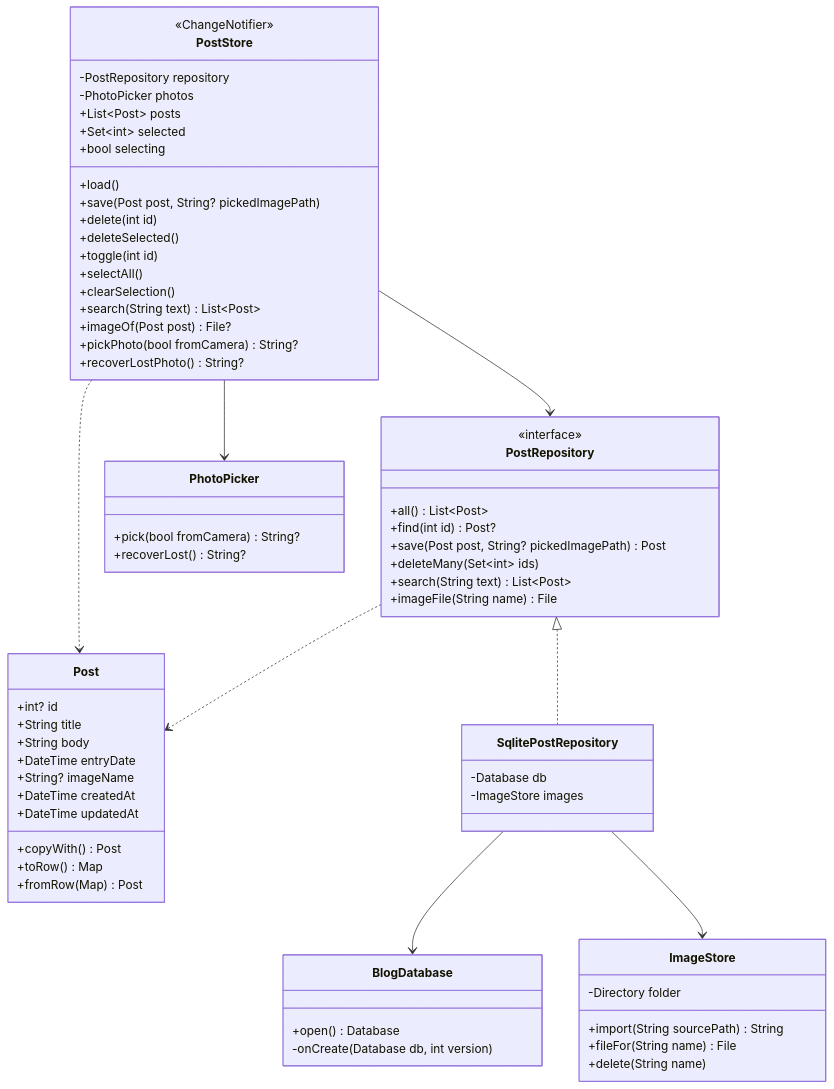
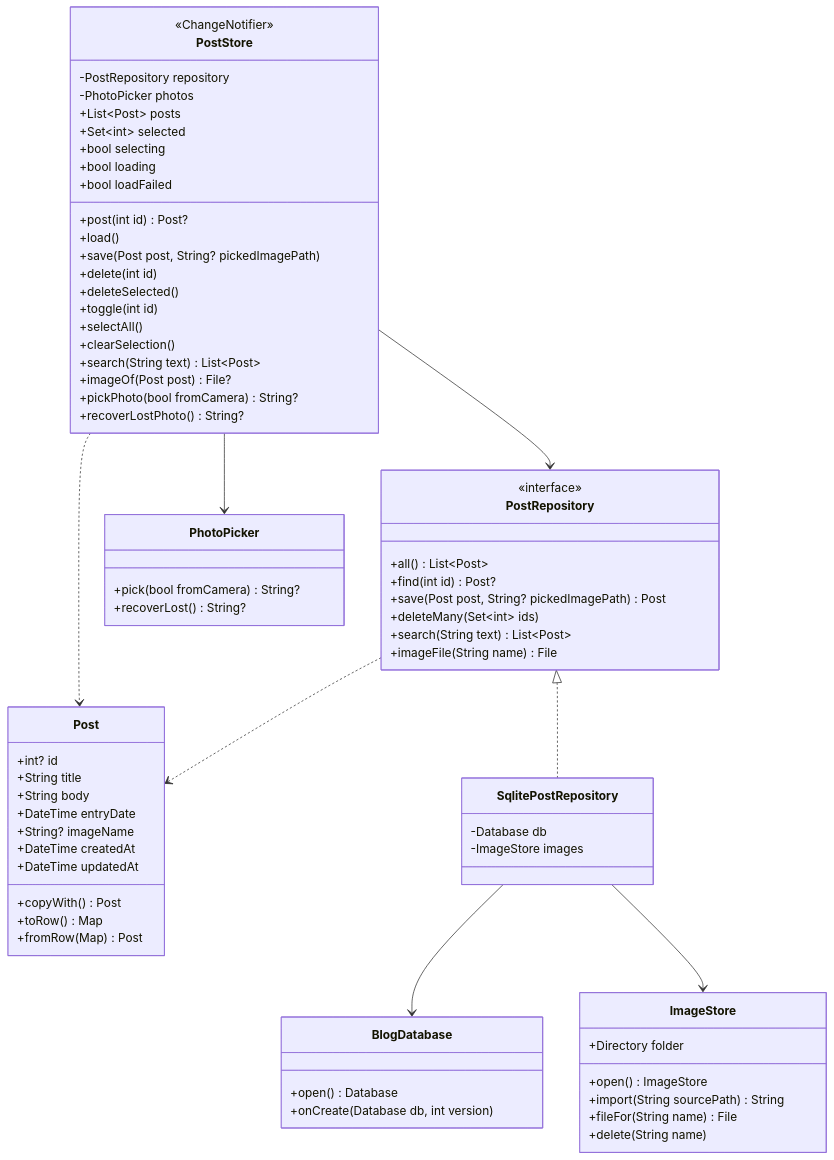
Before and after one commit to baho-j/folio-blog: the first of 6 diagrams in docs/DESIGN.md, drawn with Mermaid. The commit also changed 4 other files, not shown here.

````diff
--- a/docs/DESIGN.md
+++ b/docs/DESIGN.md
@@ -11,75 +11,79 @@
 ```mermaid
 classDiagram
     class Post {
         +int? id
         +String title
         +String body
         +DateTime entryDate
         +String? imageName
         +DateTime createdAt
         +DateTime updatedAt
         +copyWith() Post
         +toRow() Map
         +fromRow(Map) Post
     }
 
     class PostRepository {
         <<interface>>
         +all() List~Post~
         +find(int id) Post?
         +save(Post post, String? pickedImagePath) Post
         +deleteMany(Set~int~ ids)
         +search(String text) List~Post~
         +imageFile(String name) File
     }
 
     class SqlitePostRepository {
         -Database db
         -ImageStore images
     }
 
     class PhotoPicker {
         +pick(bool fromCamera) String?
         +recoverLost() String?
     }
 
     class BlogDatabase {
         +open() Database
-        -onCreate(Database db, int version)
+        +onCreate(Database db, int version)
     }
 
     class ImageStore {
-        -Directory folder
+        +Directory folder
+        +open() ImageStore
         +import(String sourcePath) String
         +fileFor(String name) File
         +delete(String name)
     }
 
     class PostStore {
         <<ChangeNotifier>>
         -PostRepository repository
         -PhotoPicker photos
         +List~Post~ posts
         +Set~int~ selected
         +bool selecting
+        +bool loading
+        +bool loadFailed
+        +post(int id) Post?
         +load()
         +save(Post post, String? pickedImagePath)
         +delete(int id)
         +deleteSelected()
         +toggle(int id)
         +selectAll()
         +clearSelection()
         +search(String text) List~Post~
         +imageOf(Post post) File?
         +pickPhoto(bool fromCamera) String?
         +recoverLostPhoto() String?
     }
 
     PostRepository <|.. SqlitePostRepository
     SqlitePostRepository --> BlogDatabase
     SqlitePostRepository --> ImageStore
     PostStore --> PostRepository
     PostStore --> PhotoPicker
     PostStore ..> Post
     PostRepository ..> Post
 ```
````
